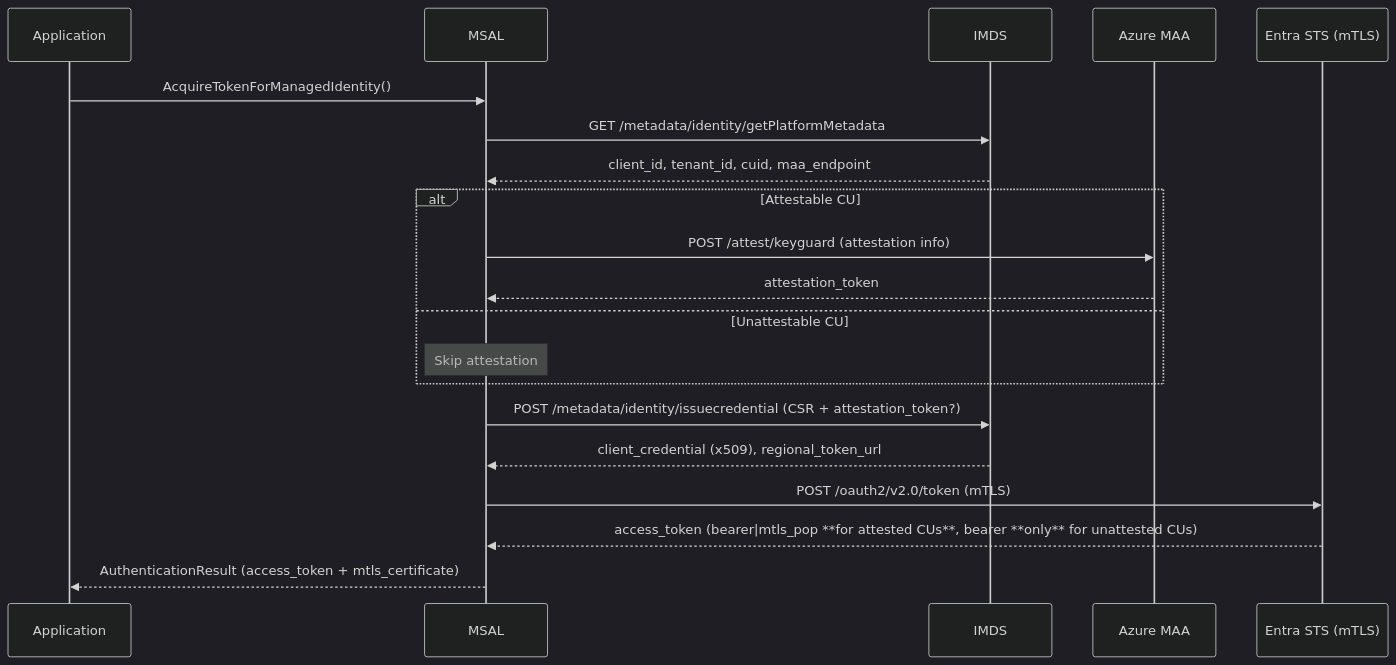
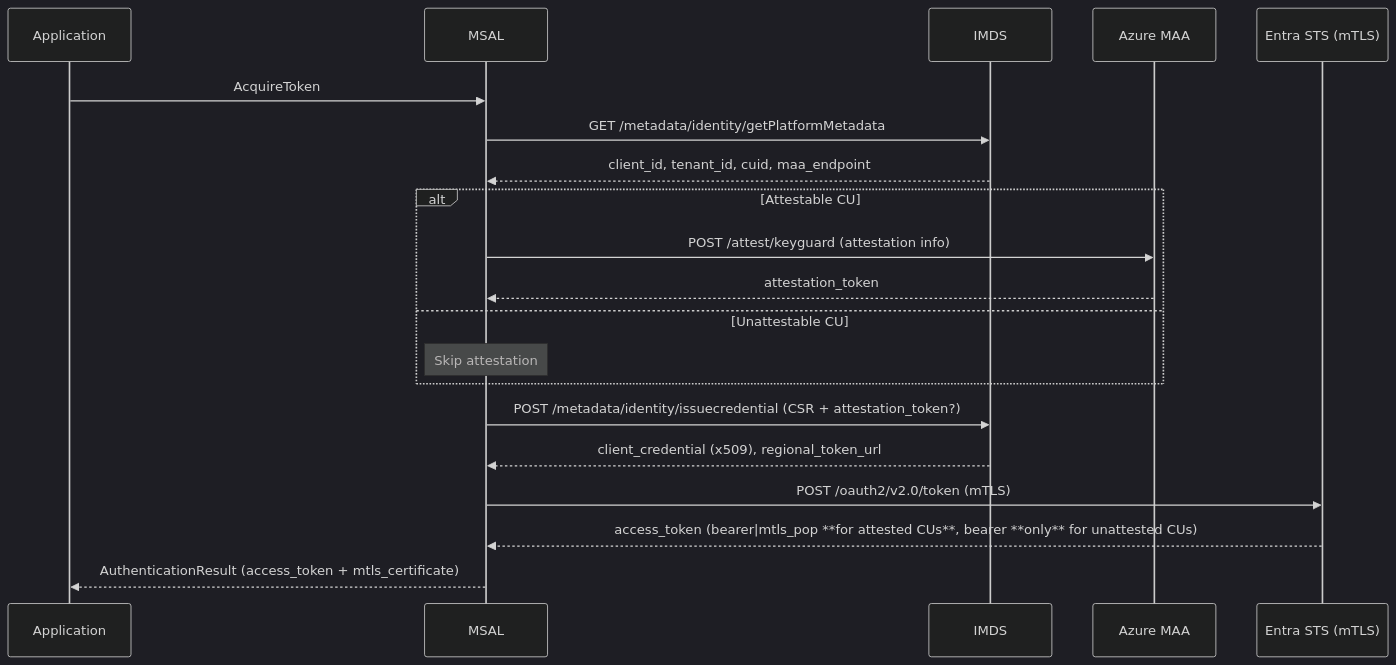
One commit to AzureAD/microsoft-authentication-library-for-dotnet changed the second of 2 diagrams in docs/msi_v2/msi_with_credential_design.md. Above: the diagram before and after it, drawn with Mermaid (dark theme). The commit also changed other lines of this file, not shown here.

First line of the commit message:
Revise MSI V2 token acquisition process documentation

````diff
--- a/docs/msi_v2/msi_with_credential_design.md
+++ b/docs/msi_v2/msi_with_credential_design.md
@@ -19,26 +41,26 @@
 ```mermaid
 sequenceDiagram
     participant App as Application
     participant MSAL
     participant IMDS
     participant MAA as Azure MAA
     participant ESTS as Entra STS (mTLS)
 
-    App  ->> MSAL: AcquireTokenForManagedIdentity()
+    App  ->> MSAL: AcquireToken
     MSAL ->> IMDS: GET /metadata/identity/getPlatformMetadata
     IMDS -->> MSAL: client_id, tenant_id, cuid, maa_endpoint
-
+    
     alt Attestable CU
         MSAL ->> MAA: POST /attest/keyguard (attestation info)
         MAA  -->> MSAL: attestation_token
     else Unattestable CU
         Note over MSAL: Skip attestation
     end
 
     MSAL ->> IMDS: POST /metadata/identity/issuecredential (CSR + attestation_token?)
     IMDS -->> MSAL: client_credential (x509), regional_token_url
 
     MSAL ->> ESTS: POST /oauth2/v2.0/token (mTLS)
     ESTS -->> MSAL: access_token (bearer|mtls_pop **for attested CUs**, bearer **only** for unattested CUs)
     MSAL -->> App : AuthenticationResult (access_token + mtls_certificate)
 ```
````
